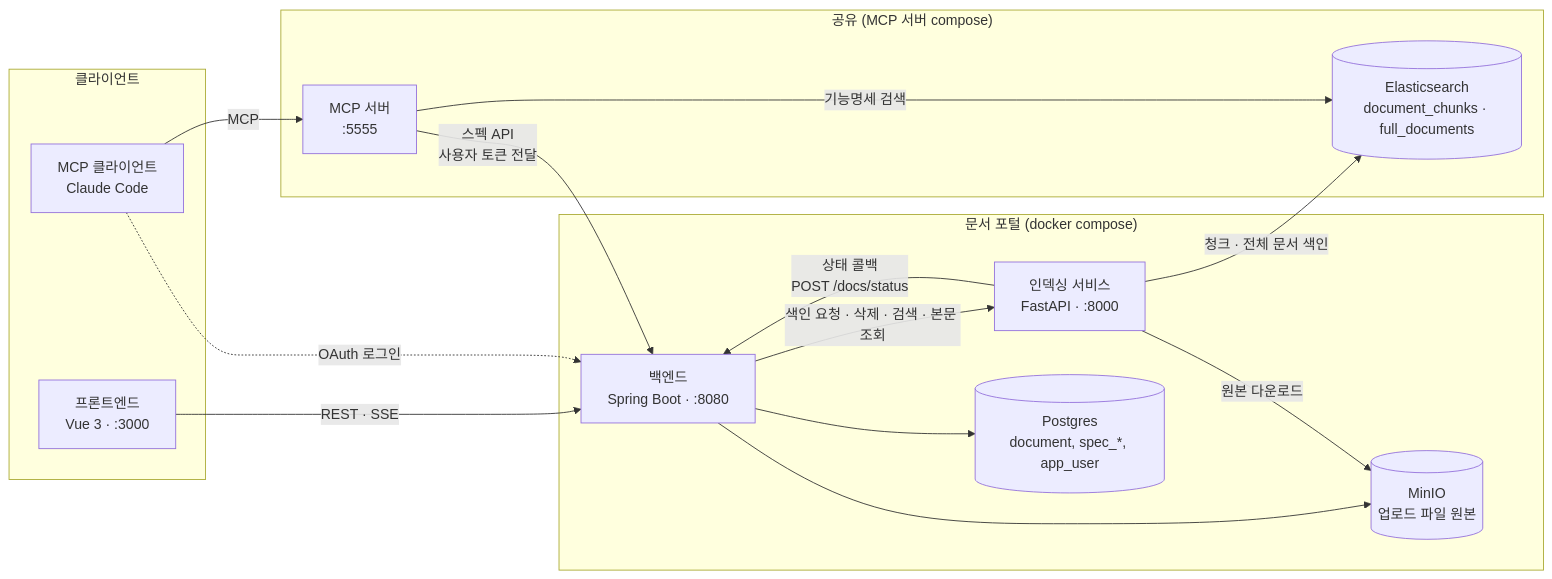
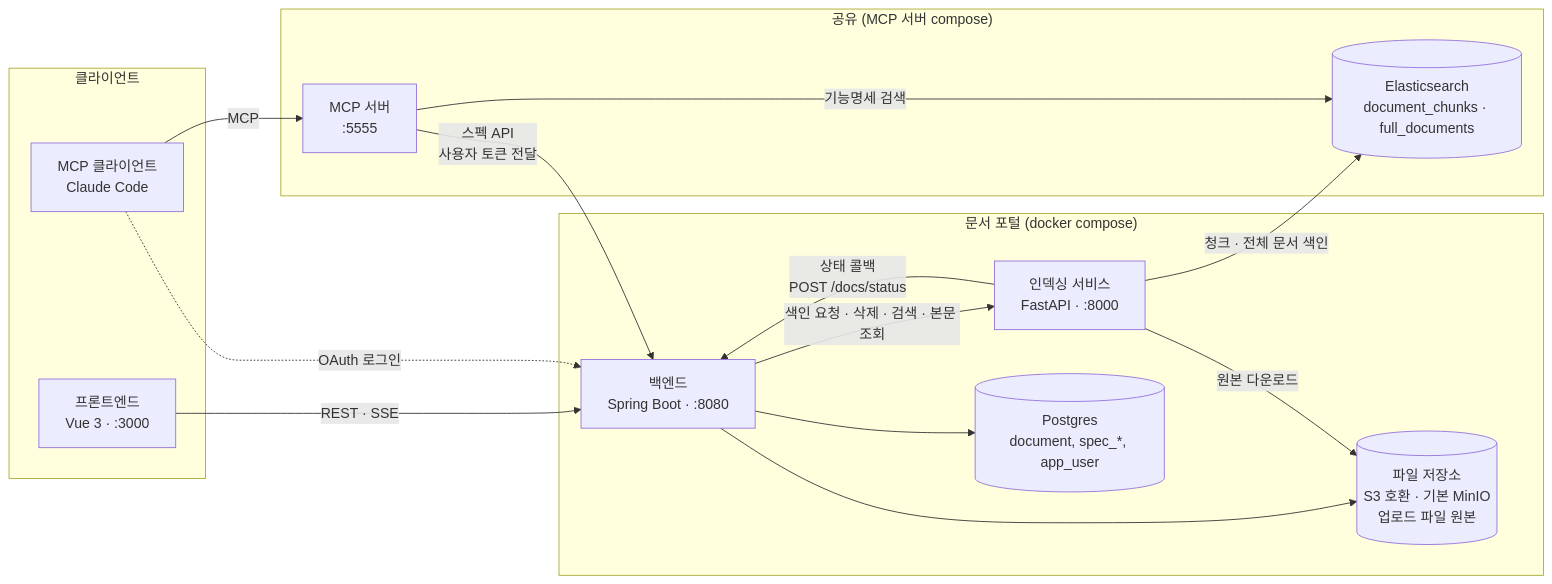
The first of 8 diagrams in docs/architecture.md (as950118/satc-docs-portal), drawn with Mermaid before and after one commit. The commit also changed other lines of this file and 5 other files, not shown here.

````diff
--- a/docs/architecture.md
+++ b/docs/architecture.md
@@ -7,32 +7,32 @@
 ```mermaid
 flowchart LR
   subgraph Client["클라이언트"]
     FE["프론트엔드<br/>Vue 3 · :3000"]
     MCPC["MCP 클라이언트<br/>Claude Code"]
   end
 
   subgraph Portal["문서 포털 (docker compose)"]
     BE["백엔드<br/>Spring Boot · :8080"]
     IDX["인덱싱 서비스<br/>FastAPI · :8000"]
     PG[("Postgres<br/>document, spec_*, app_user")]
-    MINIO[("MinIO<br/>업로드 파일 원본")]
+    MINIO[("파일 저장소<br/>S3 호환 · 기본 MinIO<br/>업로드 파일 원본")]
   end
 
   subgraph Shared["공유 (MCP 서버 compose)"]
     ES[("Elasticsearch<br/>document_chunks · full_documents")]
     MCPS["MCP 서버<br/>:5555"]
   end
 
   FE -- "REST · SSE" --> BE
   MCPC -- "MCP" --> MCPS
   MCPS -- "스펙 API<br/>사용자 토큰 전달" --> BE
   MCPC -. "OAuth 로그인" .-> BE
 
   BE --> PG
   BE --> MINIO
   BE -- "색인 요청 · 삭제 · 검색 · 본문 조회" --> IDX
   IDX -- "원본 다운로드" --> MINIO
   IDX -- "청크 · 전체 문서 색인" --> ES
   IDX -- "상태 콜백<br/>POST /docs/status" --> BE
   MCPS -- "기능명세 검색" --> ES
 ```
````
